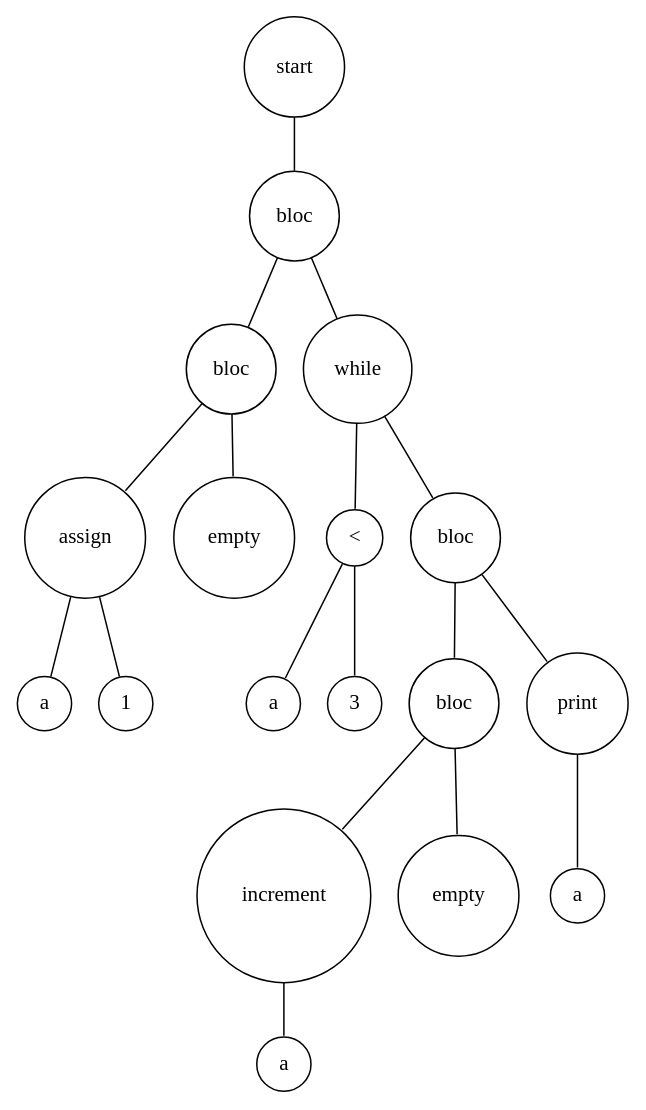
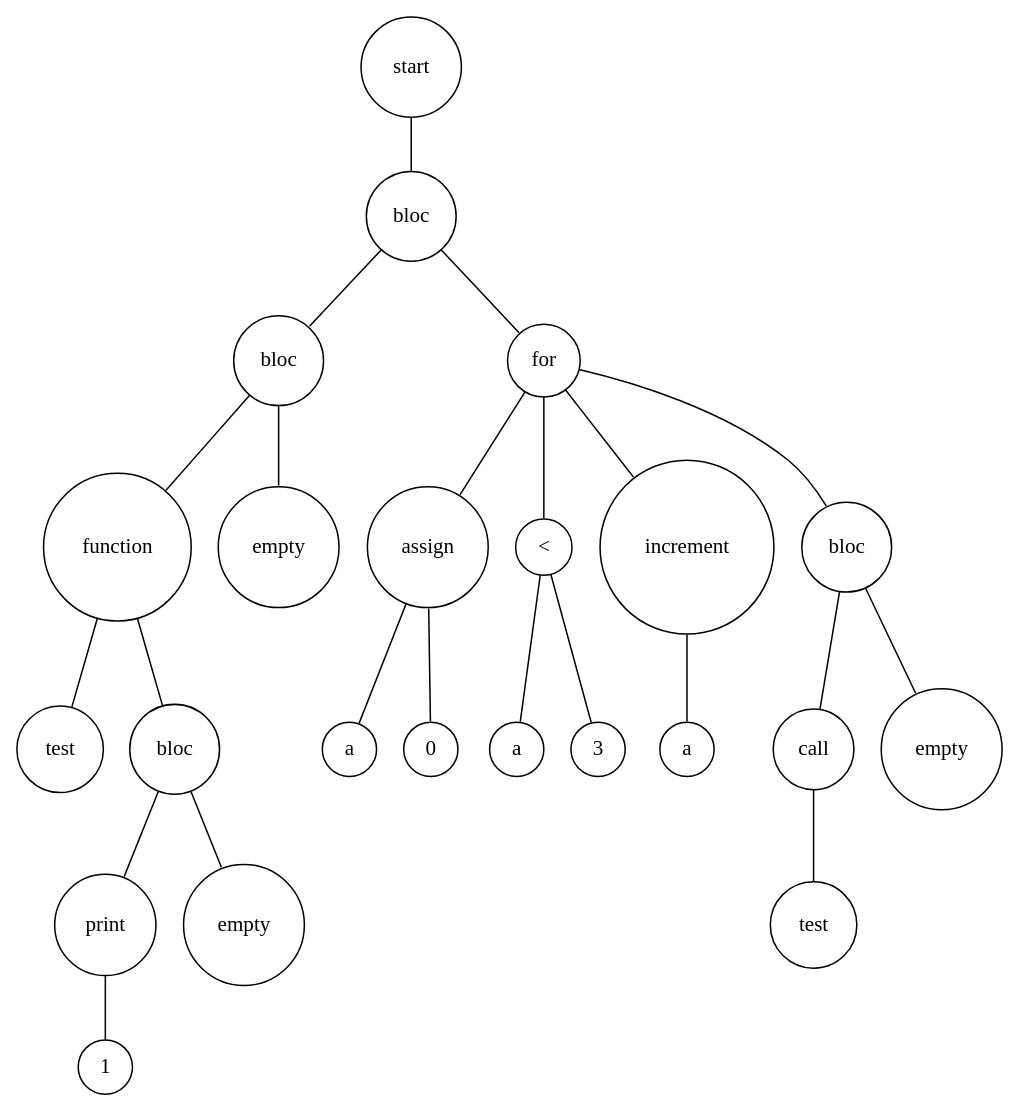
Before and after one commit to louisdrf/pyterpreter: the diagram in Digraph.gv, drawn with Graphviz. The commit also changed 5 other files, not shown here.

```diff
--- a/Digraph.gv
+++ b/Digraph.gv
@@ -1,38 +1,48 @@
 digraph {
 	node [shape=circle]
-	"133877e2-430b-4349-8ffa-75f756c12d5e" [label=start]
-	"baa1eee1-0a8d-4bbd-8f84-f25061e0f8e7" [label=bloc]
-	"5f85a5e7-258f-43d1-bcd5-fcb89eaa43d1" [label=bloc]
-	"25525971-df93-414a-aece-4cd858050ee6" [label=assign]
-	"4ec28ee8-a02f-49a5-bad7-2b96f2362855" [label=a]
-	"25525971-df93-414a-aece-4cd858050ee6" -> "4ec28ee8-a02f-49a5-bad7-2b96f2362855" [arrowsize=0]
-	"4cbb0b91-9582-4ac9-805e-827fb532eb69" [label=1]
-	"25525971-df93-414a-aece-4cd858050ee6" -> "4cbb0b91-9582-4ac9-805e-827fb532eb69" [arrowsize=0]
-	"5f85a5e7-258f-43d1-bcd5-fcb89eaa43d1" -> "25525971-df93-414a-aece-4cd858050ee6" [arrowsize=0]
-	"0ff7c912-fb0a-4ec0-8236-614a2be77a1a" [label=empty]
-	"5f85a5e7-258f-43d1-bcd5-fcb89eaa43d1" -> "0ff7c912-fb0a-4ec0-8236-614a2be77a1a" [arrowsize=0]
-	"baa1eee1-0a8d-4bbd-8f84-f25061e0f8e7" -> "5f85a5e7-258f-43d1-bcd5-fcb89eaa43d1" [arrowsize=0]
-	"ae6c7a45-966e-423d-b240-1b030dba1e67" [label=while]
-	"40cb6a5e-0ee1-41e9-a824-7a0512ab184b" [label="<"]
-	"f619f9f6-0282-4663-854f-288c2a6d6a44" [label=a]
-	"40cb6a5e-0ee1-41e9-a824-7a0512ab184b" -> "f619f9f6-0282-4663-854f-288c2a6d6a44" [arrowsize=0]
-	"baf3626c-6b86-43dc-8336-f7bfad5b5789" [label=3]
-	"40cb6a5e-0ee1-41e9-a824-7a0512ab184b" -> "baf3626c-6b86-43dc-8336-f7bfad5b5789" [arrowsize=0]
-	"ae6c7a45-966e-423d-b240-1b030dba1e67" -> "40cb6a5e-0ee1-41e9-a824-7a0512ab184b" [arrowsize=0]
-	"fe132112-a39e-4355-b9a3-884b7c175f67" [label=bloc]
-	"8f5cff41-e0bf-4735-a705-014e94bf8472" [label=bloc]
-	"c476b6f7-0b23-42a7-9932-030b3210e825" [label=increment]
-	"4bb77f2d-7e33-464f-8985-83ab7b7fe02d" [label=a]
-	"c476b6f7-0b23-42a7-9932-030b3210e825" -> "4bb77f2d-7e33-464f-8985-83ab7b7fe02d" [arrowsize=0]
-	"8f5cff41-e0bf-4735-a705-014e94bf8472" -> "c476b6f7-0b23-42a7-9932-030b3210e825" [arrowsize=0]
-	"473a35ad-e8b5-4cec-aa93-c8bbe28c3fa9" [label=empty]
-	"8f5cff41-e0bf-4735-a705-014e94bf8472" -> "473a35ad-e8b5-4cec-aa93-c8bbe28c3fa9" [arrowsize=0]
-	"fe132112-a39e-4355-b9a3-884b7c175f67" -> "8f5cff41-e0bf-4735-a705-014e94bf8472" [arrowsize=0]
-	"c01f5fba-110c-4fb3-990e-e1b5971305bc" [label=print]
-	"71f67a27-e5d1-495a-b467-8b38d35eca2c" [label=a]
-	"c01f5fba-110c-4fb3-990e-e1b5971305bc" -> "71f67a27-e5d1-495a-b467-8b38d35eca2c" [arrowsize=0]
-	"fe132112-a39e-4355-b9a3-884b7c175f67" -> "c01f5fba-110c-4fb3-990e-e1b5971305bc" [arrowsize=0]
-	"ae6c7a45-966e-423d-b240-1b030dba1e67" -> "fe132112-a39e-4355-b9a3-884b7c175f67" [arrowsize=0]
-	"baa1eee1-0a8d-4bbd-8f84-f25061e0f8e7" -> "ae6c7a45-966e-423d-b240-1b030dba1e67" [arrowsize=0]
-	"133877e2-430b-4349-8ffa-75f756c12d5e" -> "baa1eee1-0a8d-4bbd-8f84-f25061e0f8e7" [arrowsize=0]
+	"63b10372-0ed4-42b7-9884-22cd9c3e81ec" [label=start]
+	"8886436d-fe74-4bce-9b18-9087046d8ce4" [label=bloc]
+	"22b5a561-2661-42ba-9aa3-0d573c10ef88" [label=bloc]
+	"3ff90636-c3bc-4688-9f07-2e021a7fd765" [label=function]
+	"2a57b8ea-9681-4959-bb47-b227f1635eb8" [label=test]
+	"3ff90636-c3bc-4688-9f07-2e021a7fd765" -> "2a57b8ea-9681-4959-bb47-b227f1635eb8" [arrowsize=0]
+	"6f3c5c08-c92b-4bbc-9d8b-57101cf1767f" [label=bloc]
+	"2be1af3c-9ccd-4b89-a23e-9d6e2f7a8bb2" [label=print]
+	"2c78baf6-3f83-4ee8-af53-d2cd202930b7" [label=1]
+	"2be1af3c-9ccd-4b89-a23e-9d6e2f7a8bb2" -> "2c78baf6-3f83-4ee8-af53-d2cd202930b7" [arrowsize=0]
+	"6f3c5c08-c92b-4bbc-9d8b-57101cf1767f" -> "2be1af3c-9ccd-4b89-a23e-9d6e2f7a8bb2" [arrowsize=0]
+	"244720e4-2c67-47f5-b1c7-db1015d87a96" [label=empty]
+	"6f3c5c08-c92b-4bbc-9d8b-57101cf1767f" -> "244720e4-2c67-47f5-b1c7-db1015d87a96" [arrowsize=0]
+	"3ff90636-c3bc-4688-9f07-2e021a7fd765" -> "6f3c5c08-c92b-4bbc-9d8b-57101cf1767f" [arrowsize=0]
+	"22b5a561-2661-42ba-9aa3-0d573c10ef88" -> "3ff90636-c3bc-4688-9f07-2e021a7fd765" [arrowsize=0]
+	"b9a71ec4-8ed8-44e5-87b6-38ff2ae42382" [label=empty]
+	"22b5a561-2661-42ba-9aa3-0d573c10ef88" -> "b9a71ec4-8ed8-44e5-87b6-38ff2ae42382" [arrowsize=0]
+	"8886436d-fe74-4bce-9b18-9087046d8ce4" -> "22b5a561-2661-42ba-9aa3-0d573c10ef88" [arrowsize=0]
+	"05df566c-3fc1-46f2-a03d-997803da401b" [label=for]
+	"82277184-ad76-414e-bc57-ef44eeeb91d9" [label=assign]
+	"d6908004-588a-429d-ab8d-24982d2b343b" [label=a]
+	"82277184-ad76-414e-bc57-ef44eeeb91d9" -> "d6908004-588a-429d-ab8d-24982d2b343b" [arrowsize=0]
+	"52755b67-bdd9-4668-a9e5-7818ff41c08d" [label=0]
+	"82277184-ad76-414e-bc57-ef44eeeb91d9" -> "52755b67-bdd9-4668-a9e5-7818ff41c08d" [arrowsize=0]
+	"05df566c-3fc1-46f2-a03d-997803da401b" -> "82277184-ad76-414e-bc57-ef44eeeb91d9" [arrowsize=0]
+	"811bee64-c519-40c0-a1db-e58db687c0ee" [label="<"]
+	"4e048d6c-edc5-44fc-884f-b10cf8240cfb" [label=a]
+	"811bee64-c519-40c0-a1db-e58db687c0ee" -> "4e048d6c-edc5-44fc-884f-b10cf8240cfb" [arrowsize=0]
+	"4b0cba96-b19a-4b7b-aa3a-efe6118edcdc" [label=3]
+	"811bee64-c519-40c0-a1db-e58db687c0ee" -> "4b0cba96-b19a-4b7b-aa3a-efe6118edcdc" [arrowsize=0]
+	"05df566c-3fc1-46f2-a03d-997803da401b" -> "811bee64-c519-40c0-a1db-e58db687c0ee" [arrowsize=0]
+	"bc8831a0-3ae7-4125-81d4-9c564d785dff" [label=increment]
+	"0a50c2e2-374a-4291-9167-7cc924314dee" [label=a]
+	"bc8831a0-3ae7-4125-81d4-9c564d785dff" -> "0a50c2e2-374a-4291-9167-7cc924314dee" [arrowsize=0]
+	"05df566c-3fc1-46f2-a03d-997803da401b" -> "bc8831a0-3ae7-4125-81d4-9c564d785dff" [arrowsize=0]
+	"6fc57ef7-79dd-4fc0-b8ba-9b188e7b3b52" [label=bloc]
+	"a99257a2-edfd-4577-b3e3-1a7b7f2108da" [label=call]
+	"5e0b1274-f6e9-4d1f-8a44-588cfd8607b0" [label=test]
+	"a99257a2-edfd-4577-b3e3-1a7b7f2108da" -> "5e0b1274-f6e9-4d1f-8a44-588cfd8607b0" [arrowsize=0]
+	"6fc57ef7-79dd-4fc0-b8ba-9b188e7b3b52" -> "a99257a2-edfd-4577-b3e3-1a7b7f2108da" [arrowsize=0]
+	"6be19ddf-e94f-41cc-ad36-c91846958de7" [label=empty]
+	"6fc57ef7-79dd-4fc0-b8ba-9b188e7b3b52" -> "6be19ddf-e94f-41cc-ad36-c91846958de7" [arrowsize=0]
+	"05df566c-3fc1-46f2-a03d-997803da401b" -> "6fc57ef7-79dd-4fc0-b8ba-9b188e7b3b52" [arrowsize=0]
+	"8886436d-fe74-4bce-9b18-9087046d8ce4" -> "05df566c-3fc1-46f2-a03d-997803da401b" [arrowsize=0]
+	"63b10372-0ed4-42b7-9884-22cd9c3e81ec" -> "8886436d-fe74-4bce-9b18-9087046d8ce4" [arrowsize=0]
 }
```
